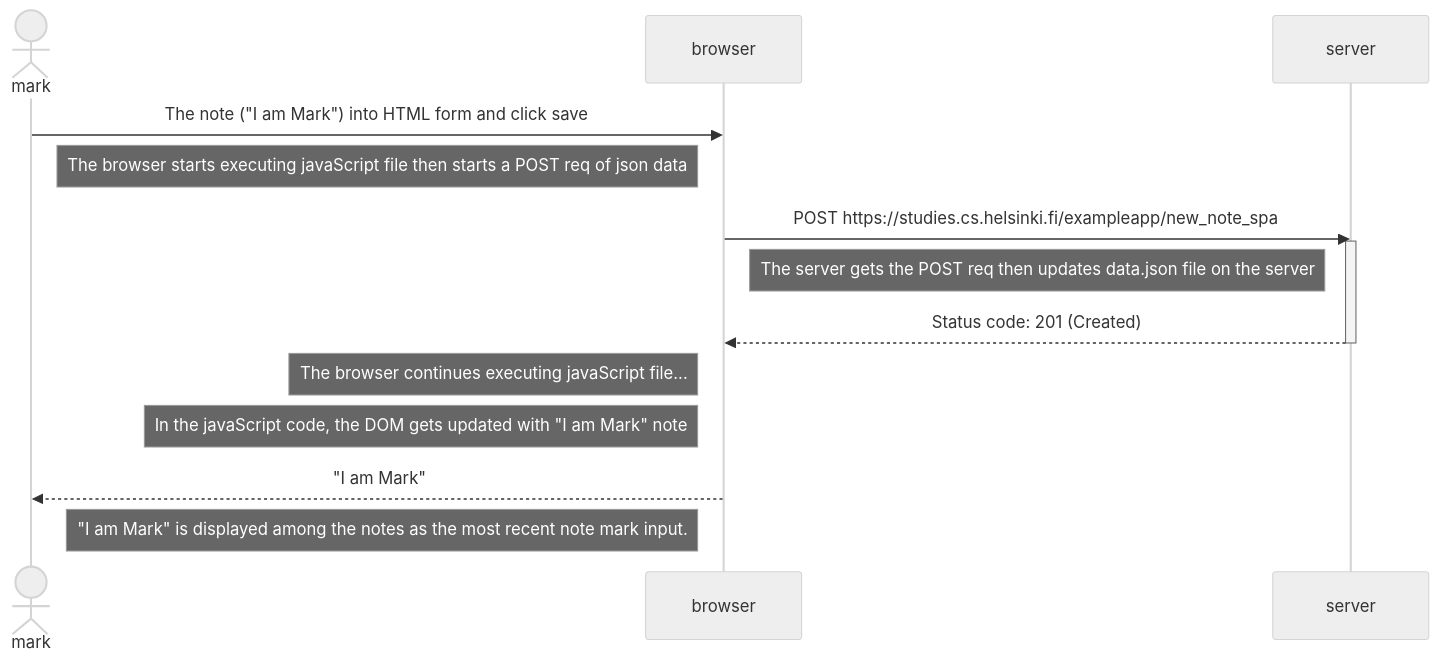
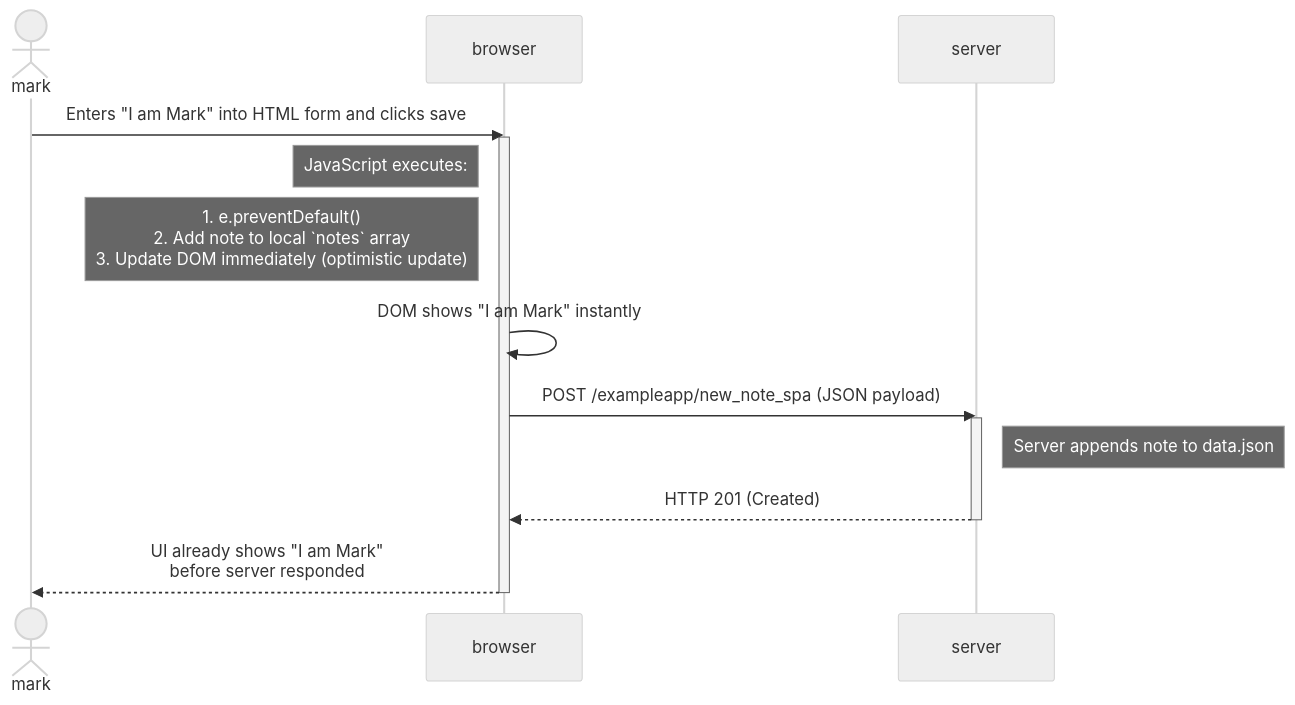
The diagram in part0/Exercise_0.6.md (Tobi-MX/fullStackOpen_Exercises), drawn with Mermaid (neutral theme) before and after one commit.

Commit message:
Update Exercise_0.6.md
Re-arranged the order of events in the single page app after more understanding of the code (optimistic updates).

````diff
--- a/part0/Exercise_0.6.md
+++ b/part0/Exercise_0.6.md
@@ -1,23 +1,23 @@
 ``` mermaid
 sequenceDiagram
   actor mark
   participant browser
   participant server
 
-  mark ->> browser: The note ("I am Mark") into HTML form and click save
+  mark ->> browser: Enters "I am Mark" into HTML form and clicks save
+  activate browser
 
-  participant server
-  Note left of browser: The browser starts executing javaScript file then starts a POST req of json data
-  browser ->> server: POST https://studies.cs.helsinki.fi/exampleapp/new_note_spa
+  Note left of browser: JavaScript executes:
+  Note left of browser: 1. e.preventDefault()<br/>2. Add note to local `notes` array<br/>3. Update DOM immediately (optimistic update)
+  browser ->> browser: DOM shows "I am Mark" instantly
+
+  browser ->> server: POST /exampleapp/new_note_spa (JSON payload)
   activate server
-  Note right of browser: The server gets the POST req then updates data.json file on the server
-  server -->> browser: Status code: 201 (Created)
+  Note right of server: Server appends note to data.json
+  server -->> browser: HTTP 201 (Created)
   deactivate server
 
-  Note left of browser: The browser continues executing javaScript file...
-  Note left of browser: In the javaScript code, the DOM gets updated with "I am Mark" note
-
-  browser -->> mark: "I am Mark"
-
-  Note left of browser: "I am Mark" is displayed among the notes as the most recent note mark input.
+  browser -->> mark: UI already shows "I am Mark"<br/>before server responded
+  deactivate browser
+  
 ```
````
